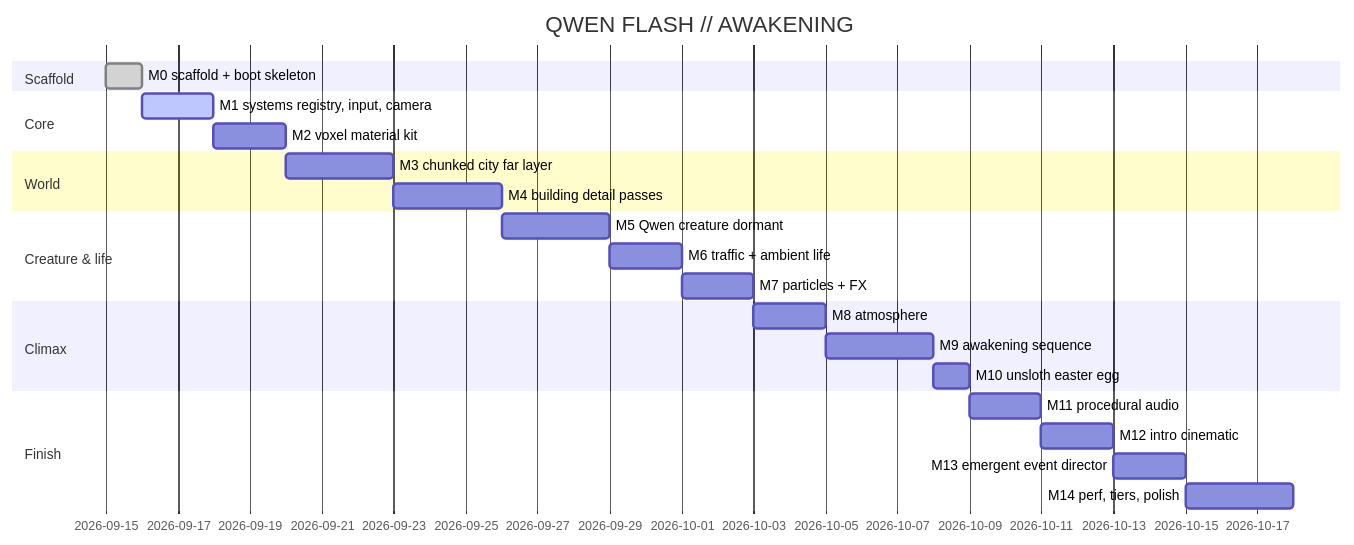
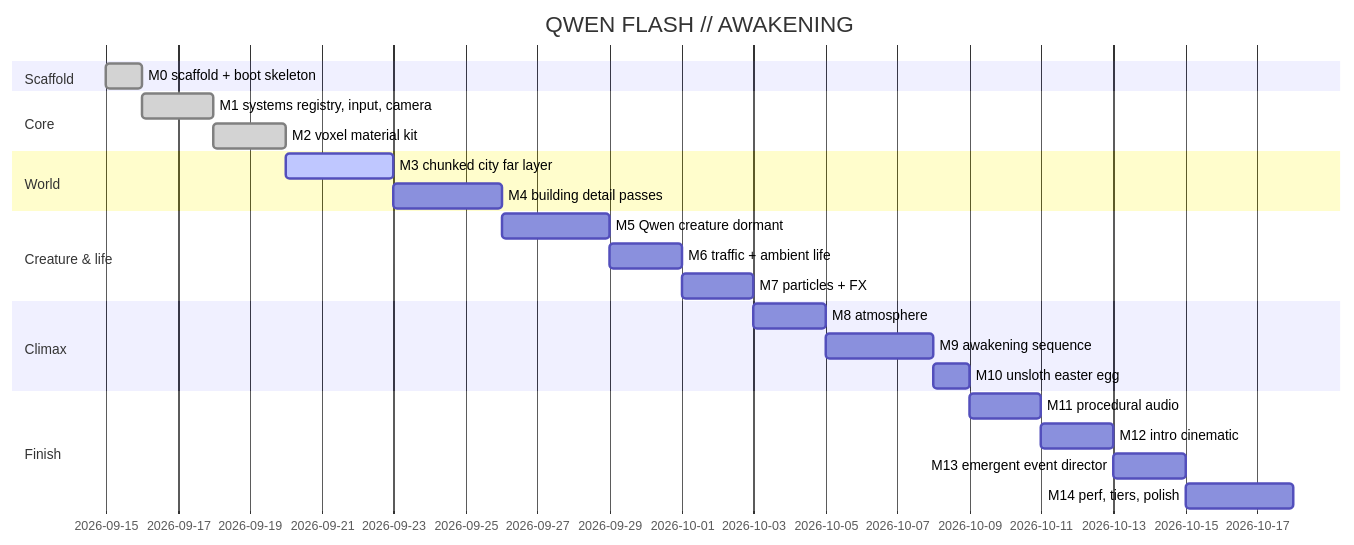
The diagram in brain/roadmap.md (dilled/3dVoxelDemo), drawn with Mermaid before and after one commit. The commit also changed other lines of this file and 7 other files, not shown here.

Commit message:
M2: procedural voxel material kit — KIT system with MATS library, canvas textures (LED grids, QWEN/UNSLOTH holo signs, glow), InstancedBox/Cylinder builders, merged-geometry batcher, lighting rig, and 8-draw-call gate test wall/tower; smoke-verified < 10 draw calls + live animation

````diff
--- a/brain/roadmap.md
+++ b/brain/roadmap.md
@@ -14,26 +12,26 @@
 ```mermaid
 gantt
   title QWEN FLASH // AWAKENING
   dateFormat YYYY-MM-DD
   section Scaffold
   M0 scaffold + boot skeleton :done, m0, 2026-09-15, 1d
   section Core
-  M1 systems registry, input, camera :active, m1, after m0, 2d
-  M2 voxel material kit :m2, after m1, 2d
+  M1 systems registry, input, camera :done, m1, after m0, 2d
+  M2 voxel material kit :done, m2, after m1, 2d
   section World
-  M3 chunked city far layer :m3, after m2, 3d
+  M3 chunked city far layer :active, m3, after m2, 3d
   M4 building detail passes :m4, after m3, 3d
   section Creature & life
   M5 Qwen creature dormant :m5, after m4, 3d
   M6 traffic + ambient life :m6, after m5, 2d
   M7 particles + FX :m7, after m6, 2d
   section Climax
   M8 atmosphere :m8, after m7, 2d
   M9 awakening sequence :m9, after m8, 3d
   M10 unsloth easter egg :m10, after m9, 1d
   section Finish
   M11 procedural audio :m11, after m10, 2d
   M12 intro cinematic :m12, after m11, 2d
   M13 emergent event director :m13, after m12, 2d
   M14 perf, tiers, polish :m14, after m13, 3d
 ```
````
